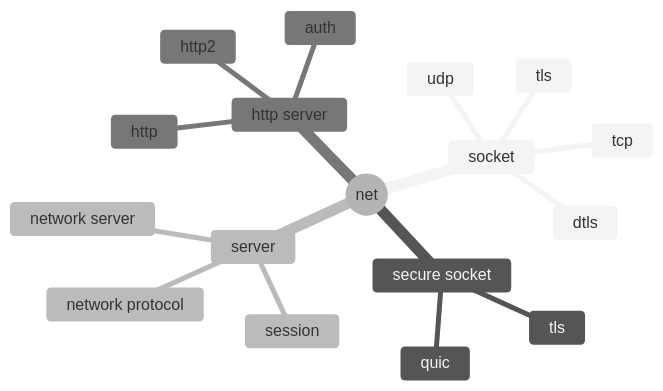
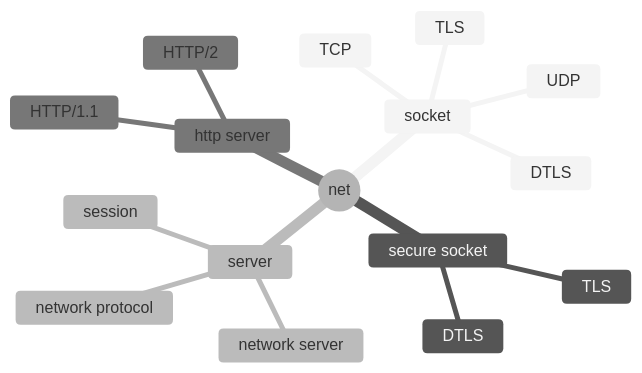
One commit to princeb612/hotplace changed the diagram in sdk/net/README.md. Above: the diagram before and after it, drawn with Mermaid (neutral theme). The commit also changed other lines of this file and 46 other files, not shown here.

````diff
--- a/sdk/net/README.md
+++ b/sdk/net/README.md
@@ -3,20 +3,19 @@
 ```mermaid
 mindmap
   root((net))
     socket
-      tcp
-      udp
-      tls
-      dtls
+      TCP
+      UDP
+      TLS
+      DTLS
     secure socket
-      tls
-      quic
+      TLS
+      DTLS
     server
       network server
       network protocol
       session
     http server
-      auth
-      http
-      http2
+      HTTP/1.1
+      HTTP/2
 ```
````
